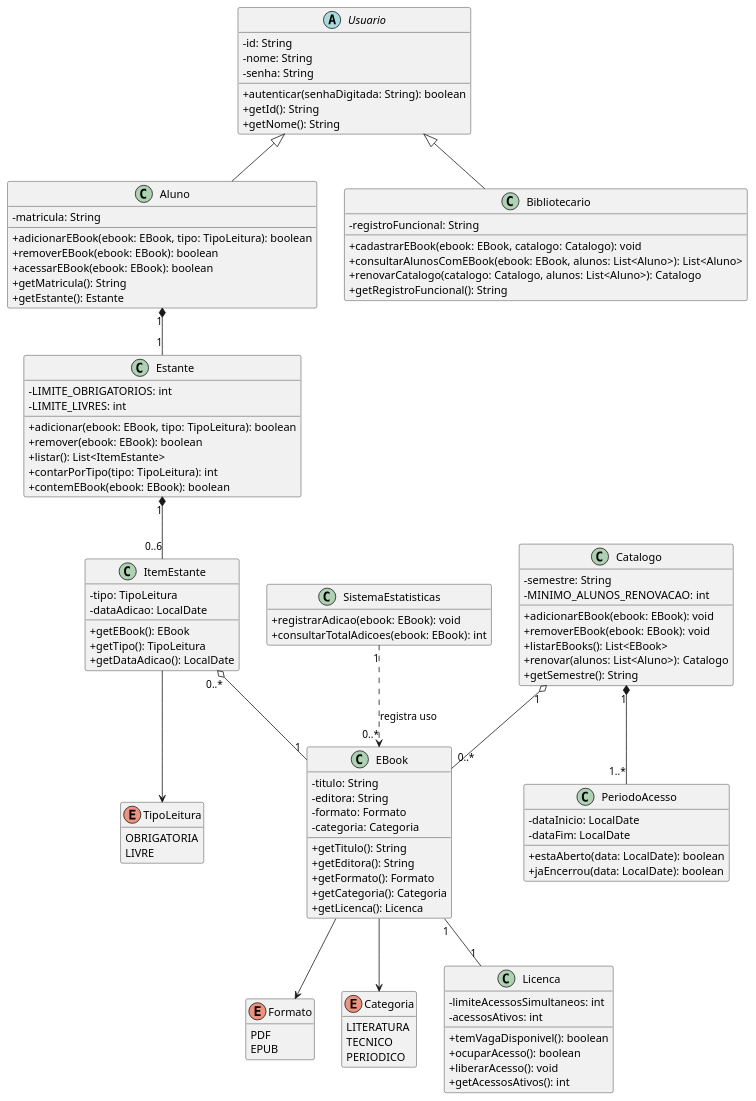
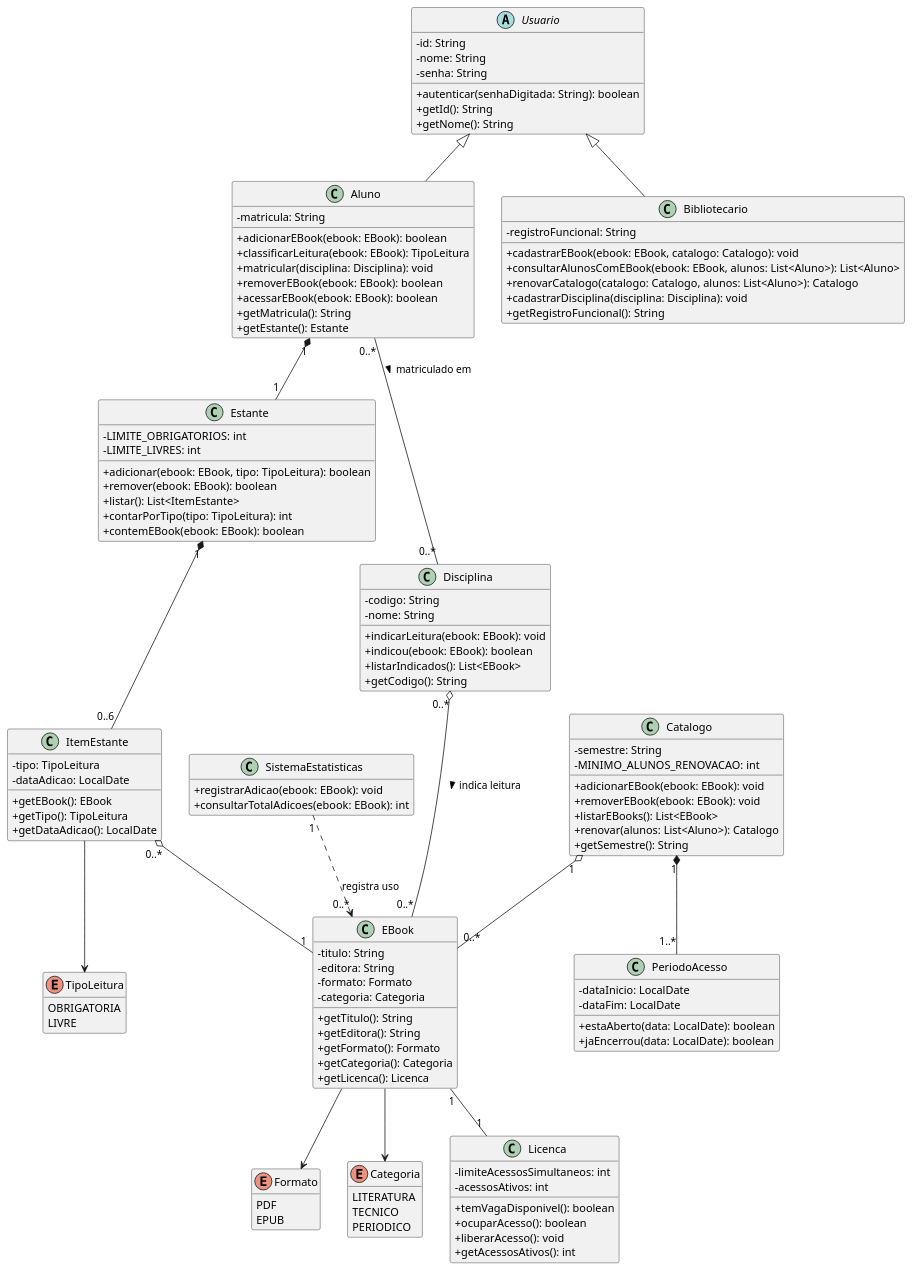
Before and after one commit to fillmello/lab01-ebooks-biblioteca: the diagram in docs/diagramas/diagrama-de-classes.puml, drawn with PlantUML. The commit also changed 10 other files, not shown here.

First line of the commit message:
feat: deriva tipo de leitura da disciplina em vez de aceitar declaracao do aluno

```diff
--- a/docs/diagramas/diagrama-de-classes.puml
+++ b/docs/diagramas/diagrama-de-classes.puml
@@ -1,132 +1,147 @@
 @startuml diagrama_de_classes_ebooks
 skinparam classAttributeIconSize 0
 hide empty members
 
 ' ===== UC01 - Realizar login =====
 abstract class Usuario {
   -id: String
   -nome: String
   -senha: String
   +autenticar(senhaDigitada: String): boolean
   +getId(): String
   +getNome(): String
 }
 
 class Aluno {
   -matricula: String
-  +adicionarEBook(ebook: EBook, tipo: TipoLeitura): boolean
+  +adicionarEBook(ebook: EBook): boolean
+  +classificarLeitura(ebook: EBook): TipoLeitura
+  +matricular(disciplina: Disciplina): void
   +removerEBook(ebook: EBook): boolean
   +acessarEBook(ebook: EBook): boolean
   +getMatricula(): String
   +getEstante(): Estante
 }
 
 class Bibliotecario {
   -registroFuncional: String
   +cadastrarEBook(ebook: EBook, catalogo: Catalogo): void
   +consultarAlunosComEBook(ebook: EBook, alunos: List<Aluno>): List<Aluno>
   +renovarCatalogo(catalogo: Catalogo, alunos: List<Aluno>): Catalogo
+  +cadastrarDisciplina(disciplina: Disciplina): void
   +getRegistroFuncional(): String
 }
 
 ' ===== UC02 e UC03 - Adicionar e remover eBook da estante =====
 class Estante {
   -LIMITE_OBRIGATORIOS: int
   -LIMITE_LIVRES: int
   +adicionar(ebook: EBook, tipo: TipoLeitura): boolean
   +remover(ebook: EBook): boolean
   +listar(): List<ItemEstante>
   +contarPorTipo(tipo: TipoLeitura): int
   +contemEBook(ebook: EBook): boolean
 }
 
 class ItemEstante {
   -tipo: TipoLeitura
   -dataAdicao: LocalDate
   +getEBook(): EBook
   +getTipo(): TipoLeitura
   +getDataAdicao(): LocalDate
 }
 
 enum TipoLeitura {
   OBRIGATORIA
   LIVRE
+}
+
+' ===== UC09 - Cadastrar disciplina e leituras indicadas =====
+class Disciplina {
+  -codigo: String
+  -nome: String
+  +indicarLeitura(ebook: EBook): void
+  +indicou(ebook: EBook): boolean
+  +listarIndicados(): List<EBook>
+  +getCodigo(): String
 }
 
 ' ===== UC05 - Cadastrar eBook =====
 class EBook {
   -titulo: String
   -editora: String
   -formato: Formato
   -categoria: Categoria
   +getTitulo(): String
   +getEditora(): String
   +getFormato(): Formato
   +getCategoria(): Categoria
   +getLicenca(): Licenca
 }
 
 enum Formato {
   PDF
   EPUB
 }
 
 enum Categoria {
   LITERATURA
   TECNICO
   PERIODICO
 }
 
 ' ===== UC04 - Acessar eBook =====
 class Licenca {
   -limiteAcessosSimultaneos: int
   -acessosAtivos: int
   +temVagaDisponivel(): boolean
   +ocuparAcesso(): boolean
   +liberarAcesso(): void
   +getAcessosAtivos(): int
 }
 
 ' ===== UC08 - Renovar catalogo do semestre =====
 class Catalogo {
   -semestre: String
   -MINIMO_ALUNOS_RENOVACAO: int
   +adicionarEBook(ebook: EBook): void
   +removerEBook(ebook: EBook): void
   +listarEBooks(): List<EBook>
   +renovar(alunos: List<Aluno>): Catalogo
   +getSemestre(): String
 }
 
 class PeriodoAcesso {
   -dataInicio: LocalDate
   -dataFim: LocalDate
   +estaAberto(data: LocalDate): boolean
   +jaEncerrou(data: LocalDate): boolean
 }
 
 ' ===== UC07 - Registrar estatistica de uso =====
 class SistemaEstatisticas {
   +registrarAdicao(ebook: EBook): void
   +consultarTotalAdicoes(ebook: EBook): int
 }
 
 ' ===== Relacionamentos =====
 Usuario <|-- Aluno
 Usuario <|-- Bibliotecario
 
 Aluno "1" *-- "1" Estante
+Aluno "0..*" -- "0..*" Disciplina : matriculado em >
+Disciplina "0..*" o-- "0..*" EBook : indica leitura >
 Estante "1" *-- "0..6" ItemEstante
 ItemEstante "0..*" o-- "1" EBook
 ItemEstante --> TipoLeitura
 
 EBook "1" -- "1" Licenca
 EBook --> Formato
 EBook --> Categoria
 
 Catalogo "1" o-- "0..*" EBook
 Catalogo "1" *-- "1..*" PeriodoAcesso
 
 SistemaEstatisticas "1" ..> "0..*" EBook : registra uso
 
 @enduml
```
